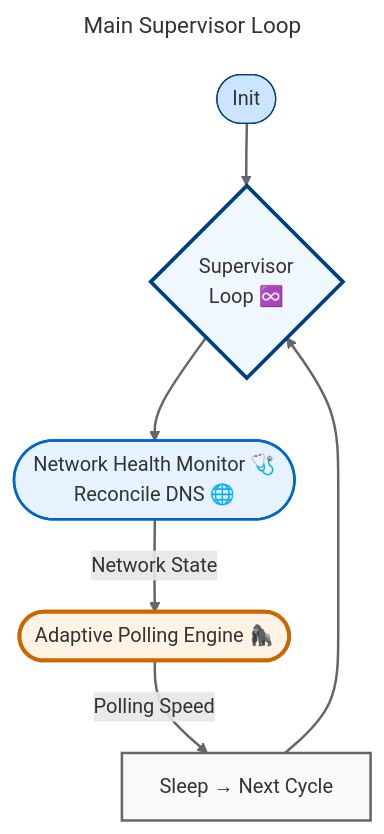
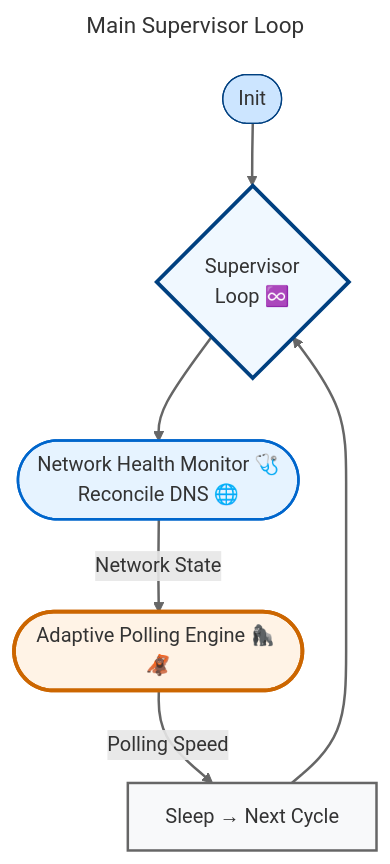
One commit to bkaewell/micro-services changed the second of 20 diagrams in update_dns/docs/VPN-DNS-STACK.md. Above: the diagram before and after it, drawn with Mermaid. The commit also changed other lines of this file, not shown here.

Commit message:
Experimenting with mermaid diagrams

````diff
--- a/update_dns/docs/VPN-DNS-STACK.md
+++ b/update_dns/docs/VPN-DNS-STACK.md
@@ -81,27 +81,27 @@
 ```mermaid
 ---
 title: Main Supervisor Loop
 config:
    look: classic
    theme: 'default'
 ---
 graph TD
     Start([Init]) --> Loop{Supervisor<br>Loop ♾️}
 
     Loop --> Update([Network Health Monitor 🩺 <br>Reconcile DNS 🌐])
 
-    Update --> |"Network State"| Poll([Adaptive Polling Engine 🦍])
+    Update --> |"Network State"| Poll([Adaptive Polling Engine 🦍 🦧])
 
     Poll -->  |"Polling Speed"| Sleep[Sleep → Next Cycle]
 
     Sleep -->  Loop
 
     %% Visual highlights
     style Poll fill:#fff3e6,stroke:#cc6600,stroke-width:3px,rx:12,ry:12
     style Loop fill:#f0f8ff,stroke:#004080,stroke-width:3px,rx:12,ry:12
     style Update fill:#e6f3ff,stroke:#0066cc,stroke-width:2px
     style Start fill:#cce5ff,stroke:#004080,rx:12,ry:12
     style Sleep fill:#f8f9fa,stroke:#666,stroke-width:2px
 
     linkStyle default stroke:#666,stroke-width:2px
 ```
````
